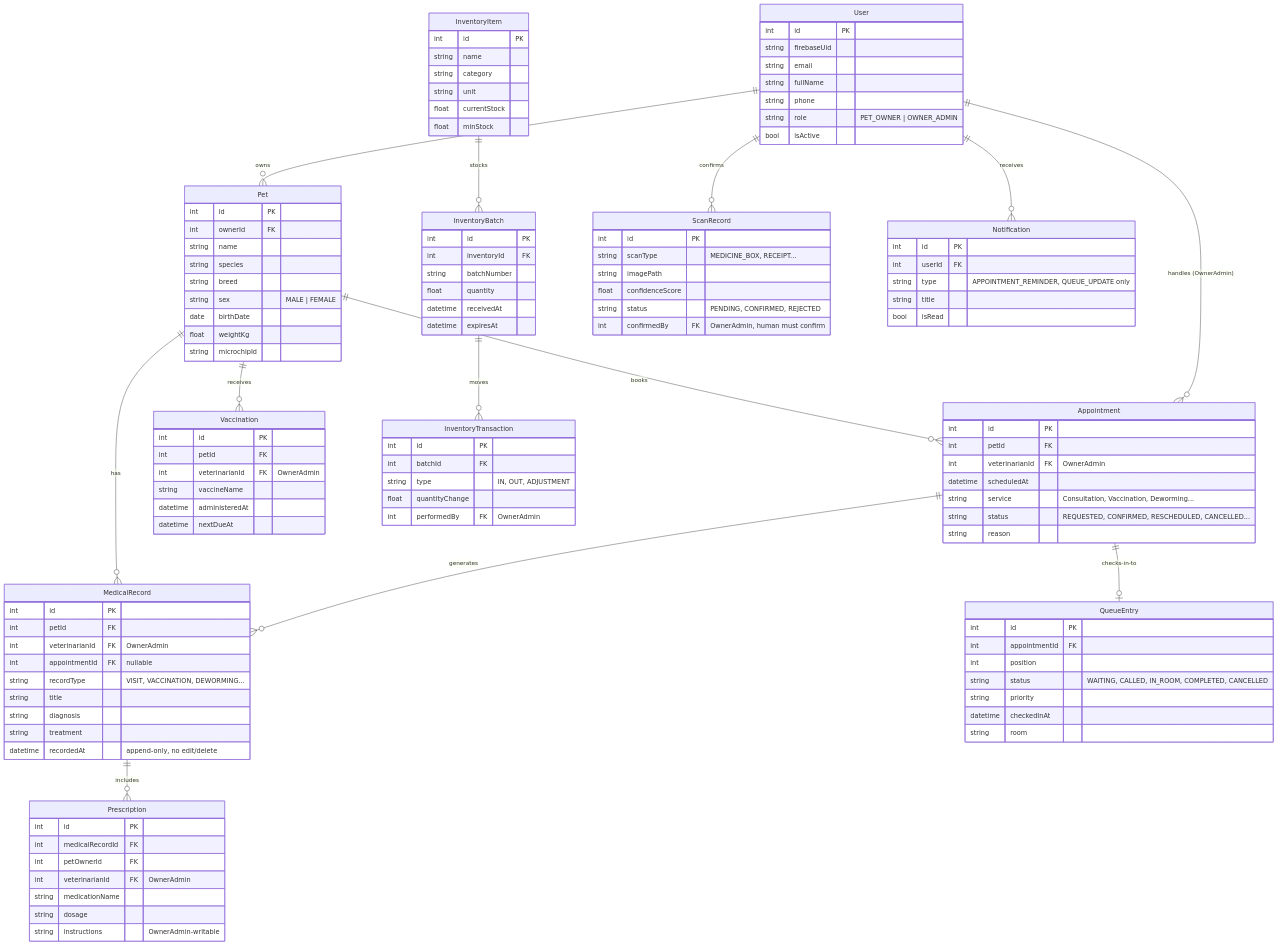
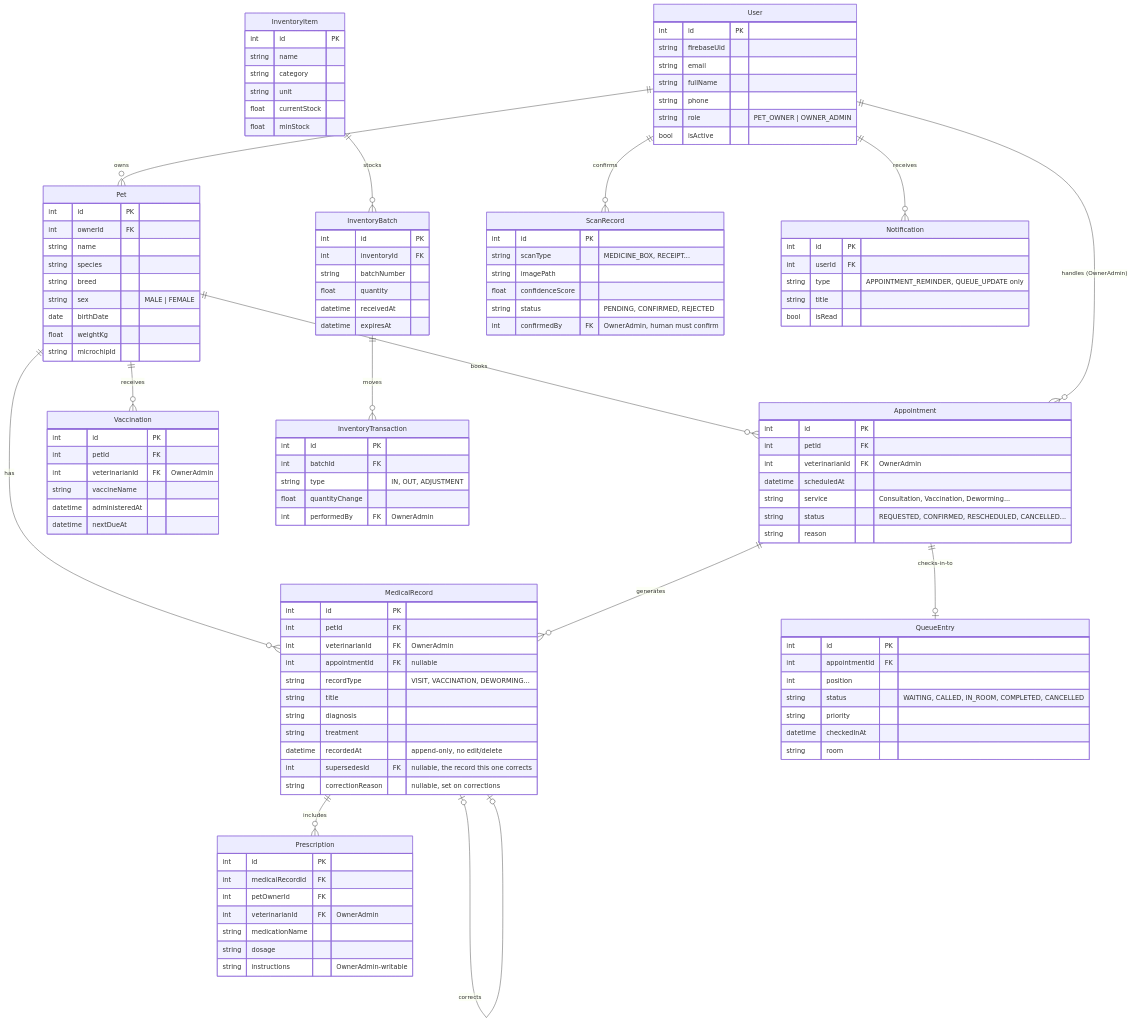
The diagram in docs/ERD.md (Imnot21/carepaw), drawn with Mermaid before and after one commit. The commit also changed 12 other files, not shown here.

First line of the commit message:
feat(records): correct a medical record by superseding it

```diff
--- a/docs/ERD.md
+++ b/docs/ERD.md
@@ -64,6 +64,8 @@
     string diagnosis
     string treatment
     datetime recordedAt "append-only, no edit/delete"
+    int supersedesId FK "nullable, the record this one corrects"
+    string correctionReason "nullable, set on corrections"
   }
   Vaccination {
     int id PK
@@ -138,6 +140,7 @@
   Appointment ||--o{ MedicalRecord : generates
   Pet ||--o{ Vaccination : receives
   MedicalRecord ||--o{ Prescription : includes
+  MedicalRecord |o--o| MedicalRecord : corrects
   InventoryItem ||--o{ InventoryBatch : stocks
   InventoryBatch ||--o{ InventoryTransaction : moves
   User ||--o{ ScanRecord : confirms
```
